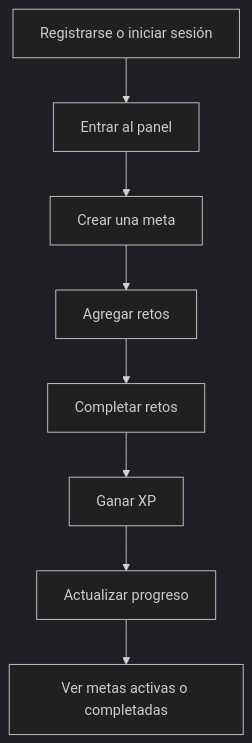
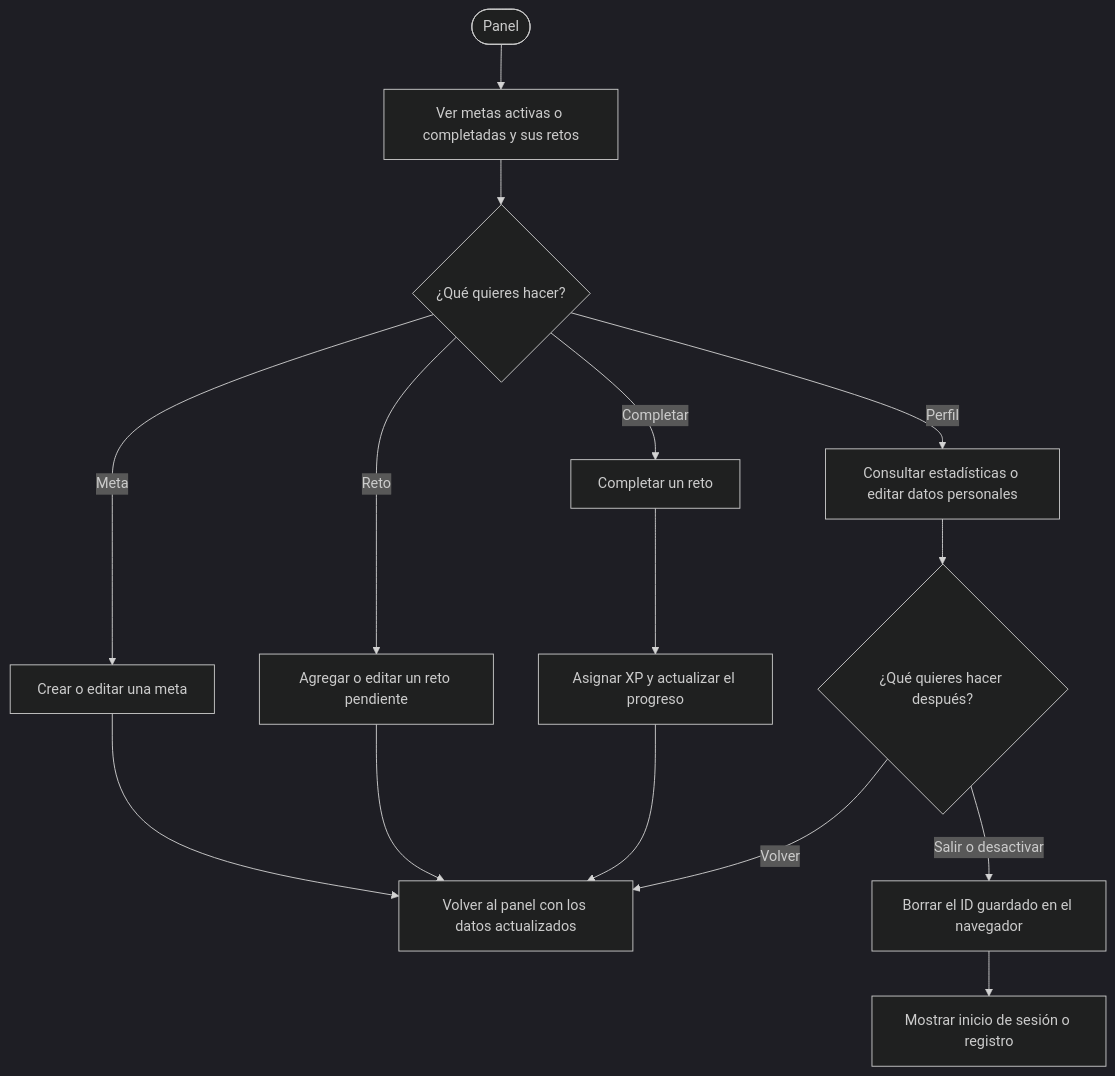
The third of 3 diagrams in README.md (DirPipe/AILifeQuest), drawn with Mermaid (dark theme) before and after one commit. The commit also changed other lines of this file, not shown here.

Commit message:
Se actualizaron los flujos de uso, la API y las tecnologías del README principal

````diff
--- a/README.md
+++ b/README.md
@@ -30,10 +57,17 @@
 ```mermaid
 flowchart TD
-  A[Registrarse o iniciar sesión] --> B[Entrar al panel]
-  B --> C[Crear una meta]
-  C --> D[Agregar retos]
-  D --> E[Completar retos]
-  E --> F[Ganar XP]
-  F --> G[Actualizar progreso]
-  G --> H[Ver metas activas o completadas]
+  A([Panel]) --> B[Ver metas activas o completadas y sus retos]
+  B --> C{¿Qué quieres hacer?}
+  C -- Meta --> D[Crear o editar una meta]
+  C -- Reto --> E[Agregar o editar un reto pendiente]
+  C -- Completar --> F[Completar un reto]
+  F --> G[Asignar XP y actualizar el progreso]
+  D --> J[Volver al panel con los datos actualizados]
+  E --> J
+  G --> J
+  C -- Perfil --> H[Consultar estadísticas o editar datos personales]
+  H --> I{¿Qué quieres hacer después?}
+  I -- Volver --> J
+  I -- Salir o desactivar --> K[Borrar el ID guardado en el navegador]
+  K --> L[Mostrar inicio de sesión o registro]
 ```
````
